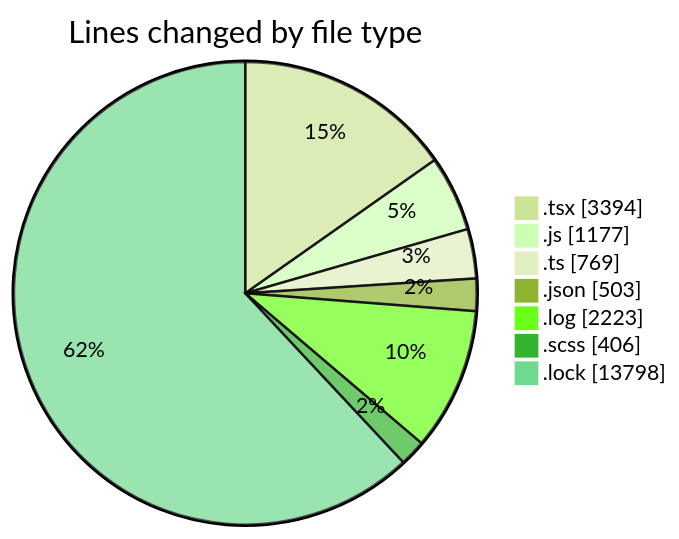
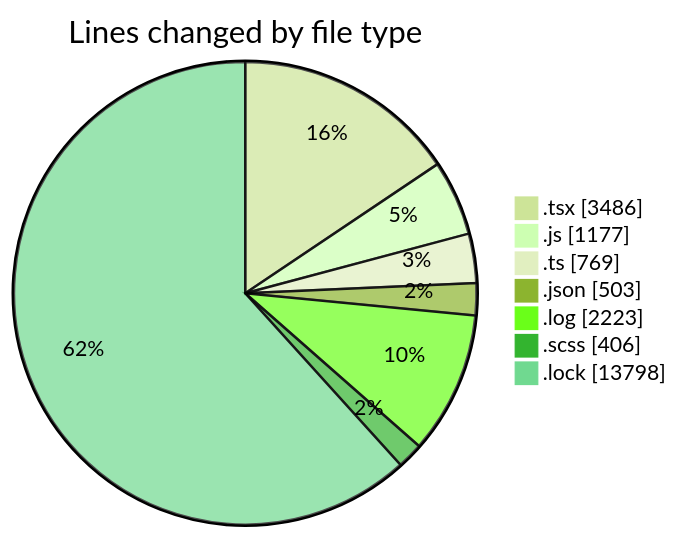
One commit to momahboobian/code-tracking changed the first of 2 diagrams in 2026-04-17/cda/README.md. Above: the diagram before and after it, drawn with Mermaid (forest theme). The commit also changed other lines of this file and 1 other file, not shown here.

````diff
--- a/2026-04-17/cda/README.md
+++ b/2026-04-17/cda/README.md
@@ -54,11 +55,11 @@
 ```mermaid
 pie showData
 title Lines changed by file type
-".tsx" : 3394
+".tsx" : 3486
 ".js" : 1177
 ".ts" : 769
 ".json" : 503
 ".log" : 2223
 ".scss" : 406
 ".lock" : 13798
 ```
````
